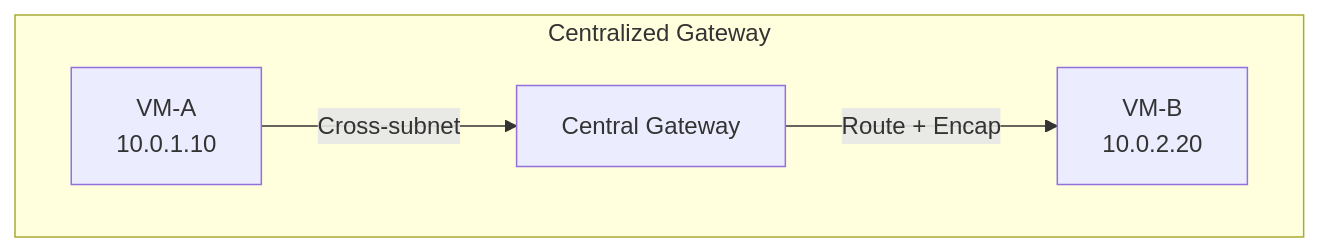
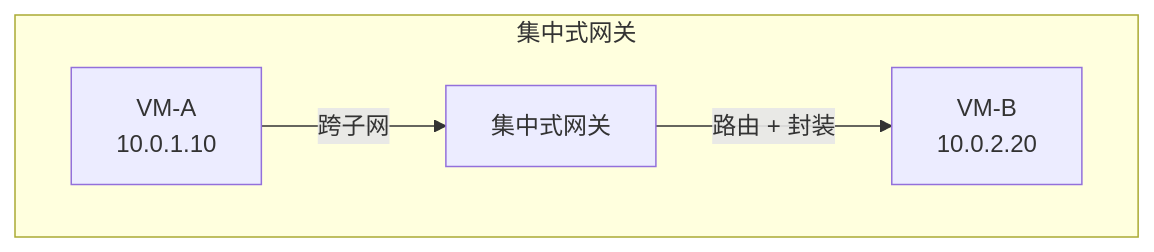
One commit to caozhiyi/network-book changed the third of 4 diagrams in docs/06.Tunnel在哪里终止VTEP的落点.md. Above: the diagram before and after it, drawn with Mermaid. The commit also changed other lines of this file and 77 other files, not shown here.

````diff
--- a/docs/06.Tunnel在哪里终止VTEP的落点.md
+++ b/docs/06.Tunnel在哪里终止VTEP的落点.md
@@ -147,7 +146,7 @@
 ```mermaid
 graph TB
-    subgraph "Centralized Gateway"
-        VM_A1[VM-A<br/>10.0.1.10] -->|"Cross-subnet"| GW[Central Gateway]
-        GW -->|"Route + Encap"| VM_B1[VM-B<br/>10.0.2.20]
+    subgraph "集中式网关"
+        VM_A1[VM-A<br/>10.0.1.10] -->|"跨子网"| GW[集中式网关]
+        GW -->|"路由 + 封装"| VM_B1[VM-B<br/>10.0.2.20]
     end
 ```
````
